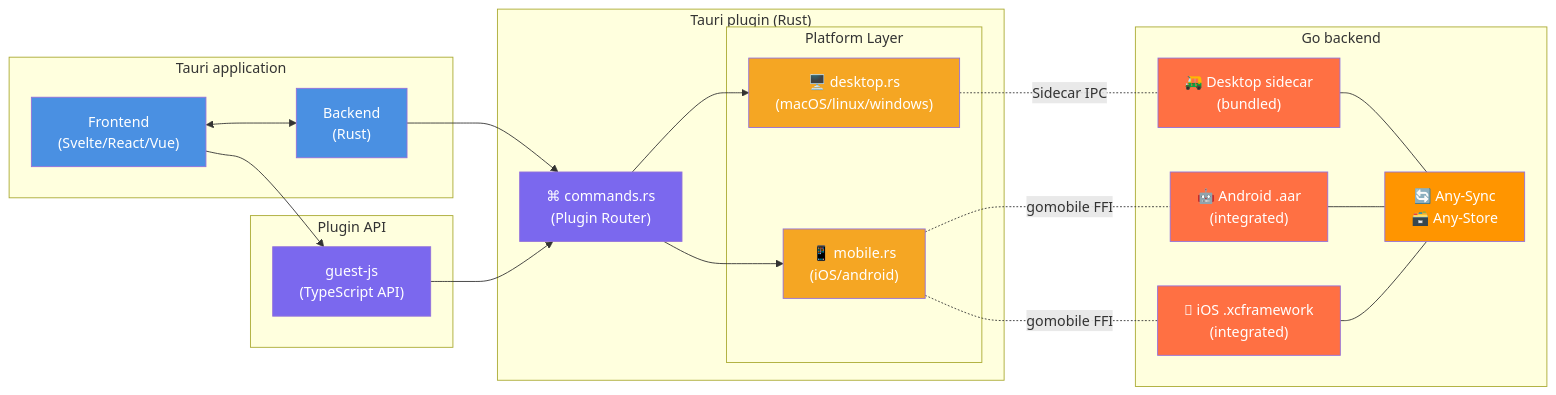
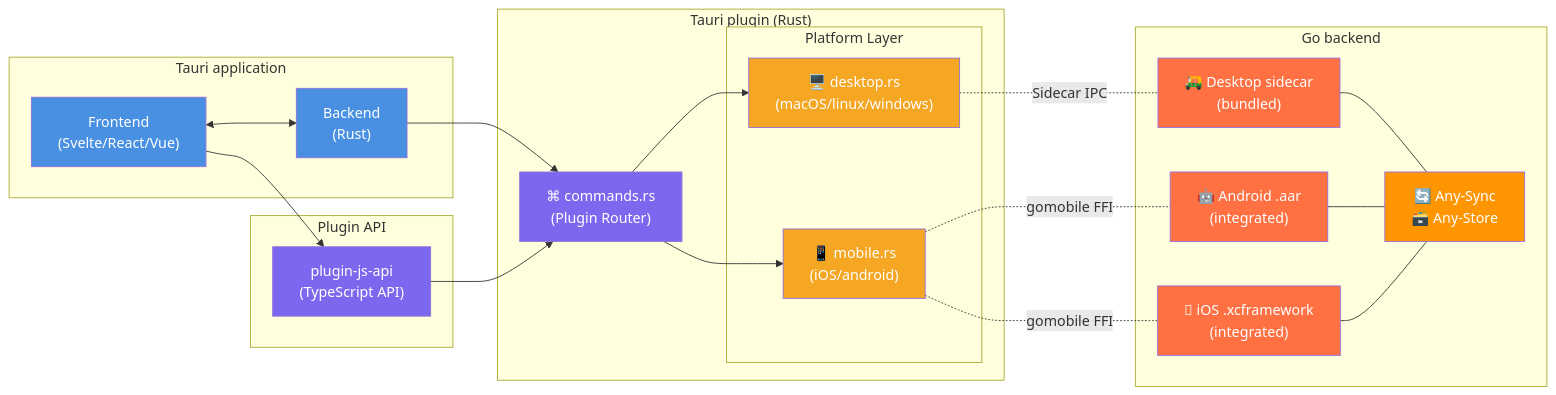
The first of 2 diagrams in README.md (laughedelic/tauri-plugin-any-sync), drawn with Mermaid before and after one commit. The commit also changed other lines of this file and 188 other files, not shown here.

````diff
--- a/README.md
+++ b/README.md
@@ -11,49 +11,49 @@
 ```mermaid
 graph LR
     subgraph APP["Tauri application"]
         TS["Frontend<br/>(Svelte/React/Vue)"]
         RB["Backend<br/>(Rust)"]
     end
 
     subgraph PLA["Plugin API"]
-        API["guest-js<br/>(TypeScript API)"]
+        API["plugin-js-api<br/>(TypeScript API)"]
     end
 
     subgraph PLG["Tauri plugin (Rust)"]
         CMD["⌘ commands.rs<br/>(Plugin Router)"]
     
         subgraph "Platform Layer"
             DT["🖥️ desktop.rs<br/>(macOS/linux/windows)"]
             MB["📱 mobile.rs<br/>(iOS/android)"]
         end
     end
     
     subgraph "Go backend"
         SB["🛺 Desktop sidecar<br/>(bundled)"]
         AAR["🤖 Android .aar<br/>(integrated)"]
         XCF[" iOS .xcframework<br/>(integrated)"]
         AS["🔄 Any-Sync </br> 🗃️ Any-Store"]
     end
     
     TS --> API
     RB --> CMD
     TS <--> RB
     API --> CMD
     CMD --> DT
     CMD --> MB
 
     DT -.-|Sidecar IPC| SB --- AS
     MB -.-|gomobile FFI| AAR --- AS
     MB -.-|gomobile FFI| XCF --- AS
     
     style TS fill:#4a90e2,color:#fff
     style RB fill:#4a90e2,color:#fff
     style API fill:#7b68ee,color:#fff
     style CMD fill:#7b68ee,color:#fff
     style DT fill:#f5a623,color:#fff
     style MB fill:#f5a623,color:#fff
     style AS fill:#ff9500,color:#fff
     style SB fill:#ff7043,color:#fff
     style AAR fill:#ff7043,color:#fff
     style XCF fill:#ff7043,color:#fff
 ```
````
